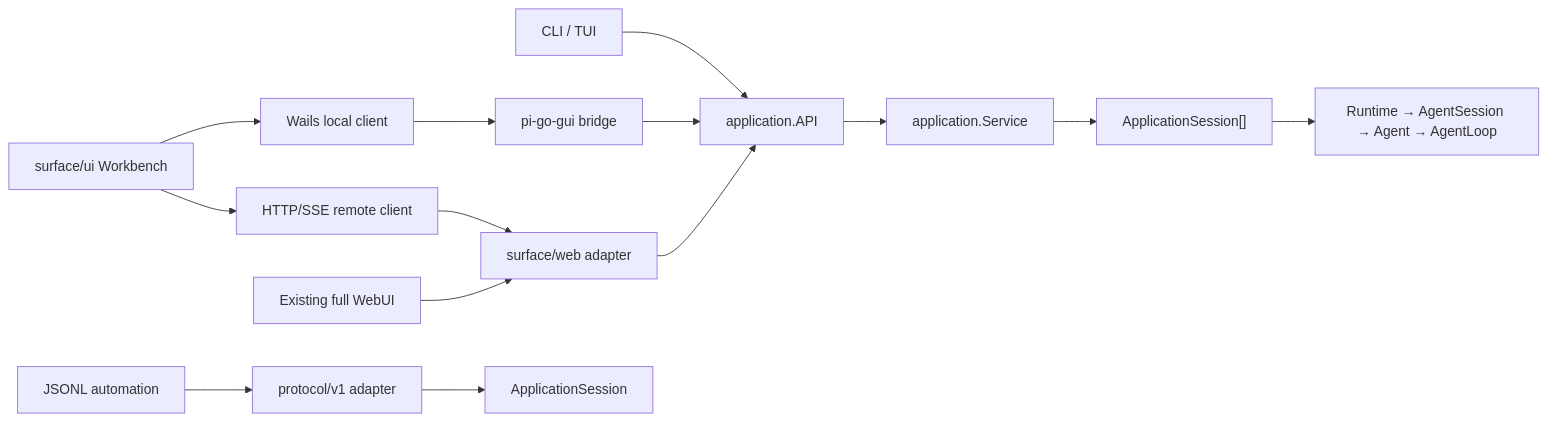
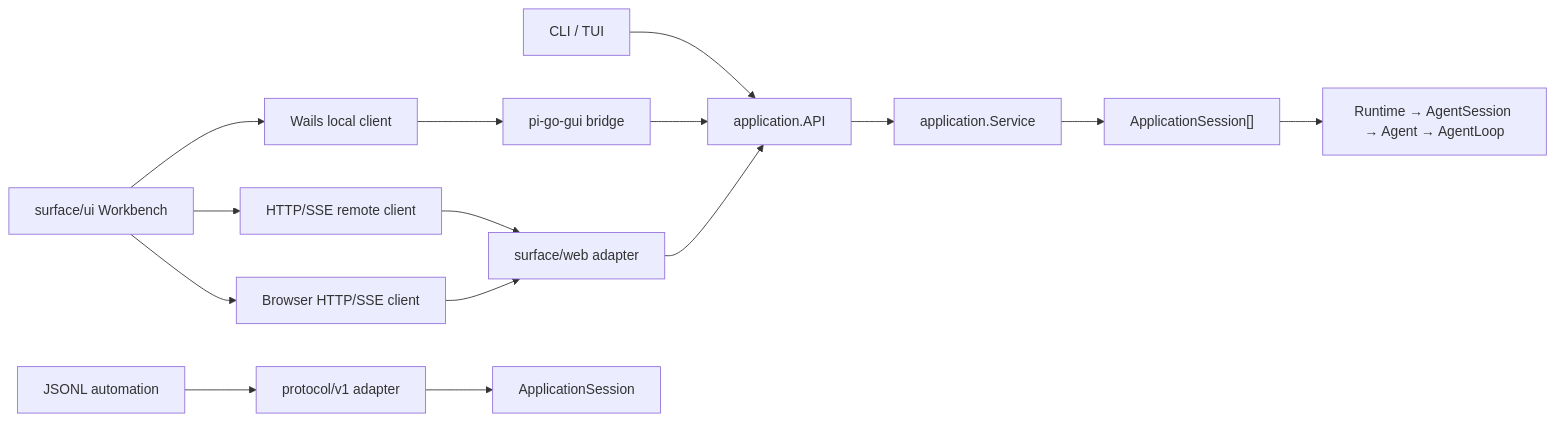
One commit to cat3399/pi-go changed the diagram in docs/SURFACES.md. Above: the diagram before and after it, drawn with Mermaid. The commit also changed other lines of this file and 37 other files, not shown here.

````diff
--- a/docs/SURFACES.md
+++ b/docs/SURFACES.md
@@ -9,16 +9,17 @@
 ```mermaid
 flowchart LR
     CLI["CLI / TUI"] --> API["application.API"]
     Workbench["surface/ui Workbench"] --> LocalClient["Wails local client"]
     Workbench --> RemoteClient["HTTP/SSE remote client"]
     LocalClient --> GUIBridge["pi-go-gui bridge"]
     GUIBridge --> API
     RemoteClient --> Web["surface/web adapter"]
-    ExistingWeb["Existing full WebUI"] --> Web
+    Workbench --> WebClient["Browser HTTP/SSE client"]
+    WebClient --> Web
     Web --> API
     RPC["JSONL automation"] --> Protocol["protocol/v1 adapter"]
     Protocol --> Session["ApplicationSession"]
     API --> Service["application.Service"]
     Service --> Sessions["ApplicationSession[]"]
     Sessions --> Runtime["Runtime → AgentSession → Agent → AgentLoop"]
 ```
````
